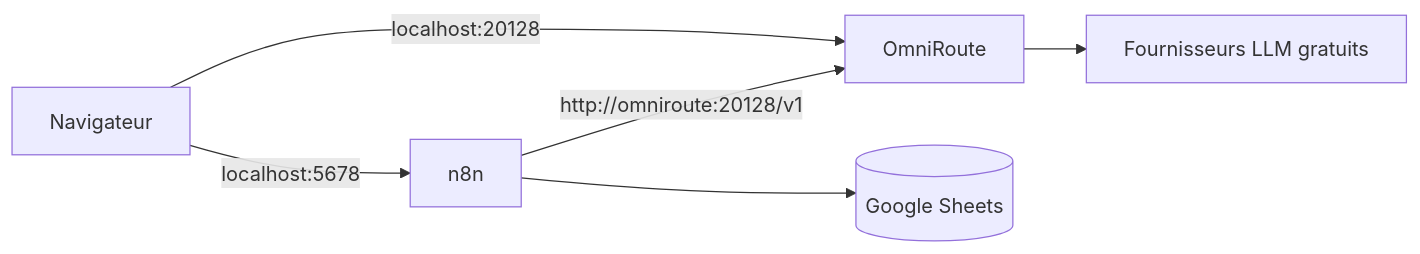
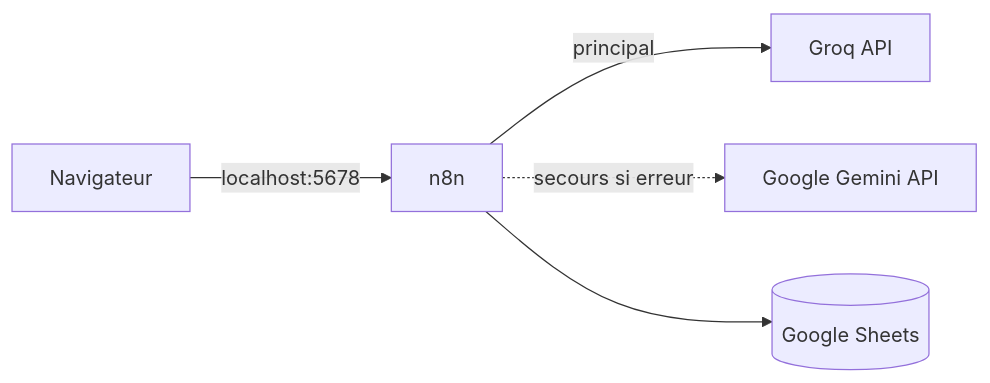
One commit to ToandroMananjara/ai-business-automation-n8n changed the diagram in README.md. Above: the diagram before and after it, drawn with Mermaid. The commit also changed other lines of this file and 5 other files, not shown here.

Commit message:
refactor: drop OmniRoute, call Groq and Gemini directly

````diff
--- a/README.md
+++ b/README.md
@@ -11,8 +11,7 @@
 ```mermaid
 flowchart LR
     U[Navigateur] -->|localhost:5678| N[n8n]
-    U -->|localhost:20128| O[OmniRoute]
-    N -->|http://omniroute:20128/v1| O
-    O --> P[Fournisseurs LLM gratuits]
-    N --> G[(Google Sheets)]
+    N -->|principal| Q[Groq API]
+    N -.->|secours si erreur| G[Google Gemini API]
+    N --> S[(Google Sheets)]
 ```
````
